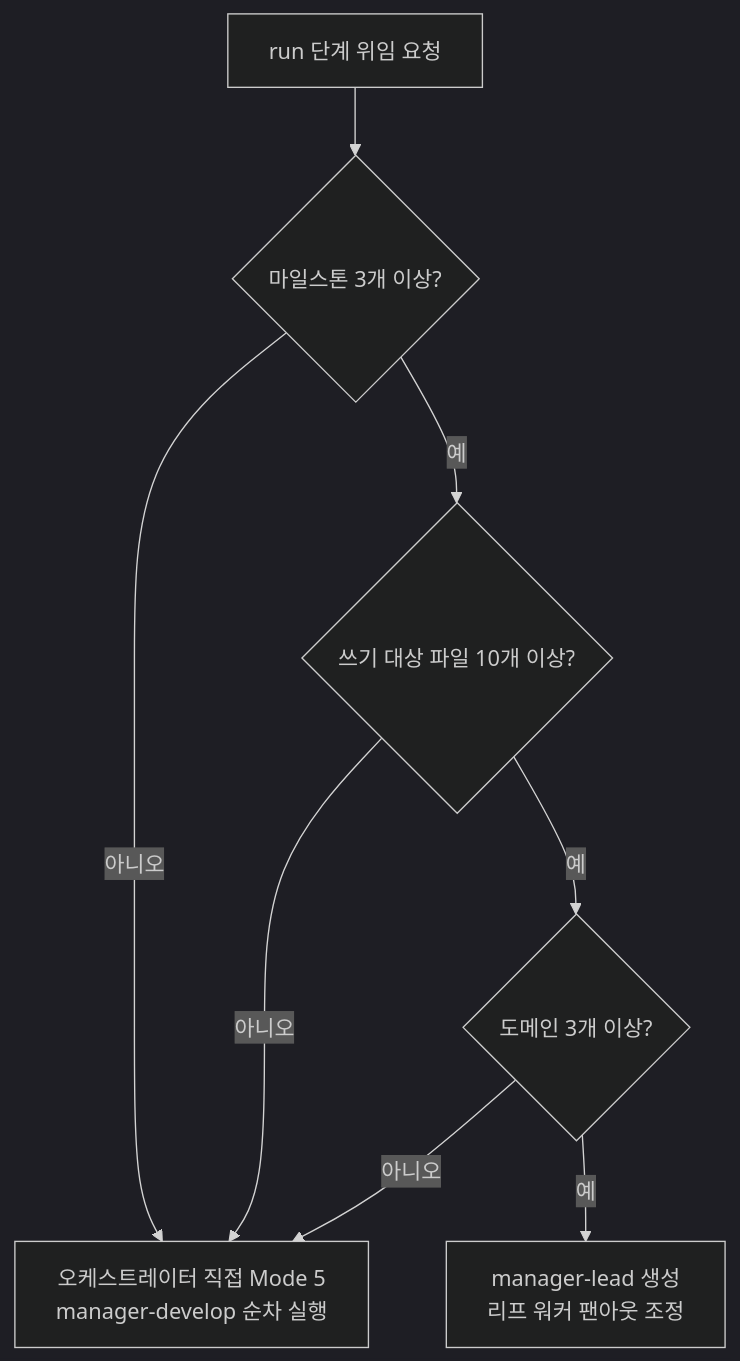
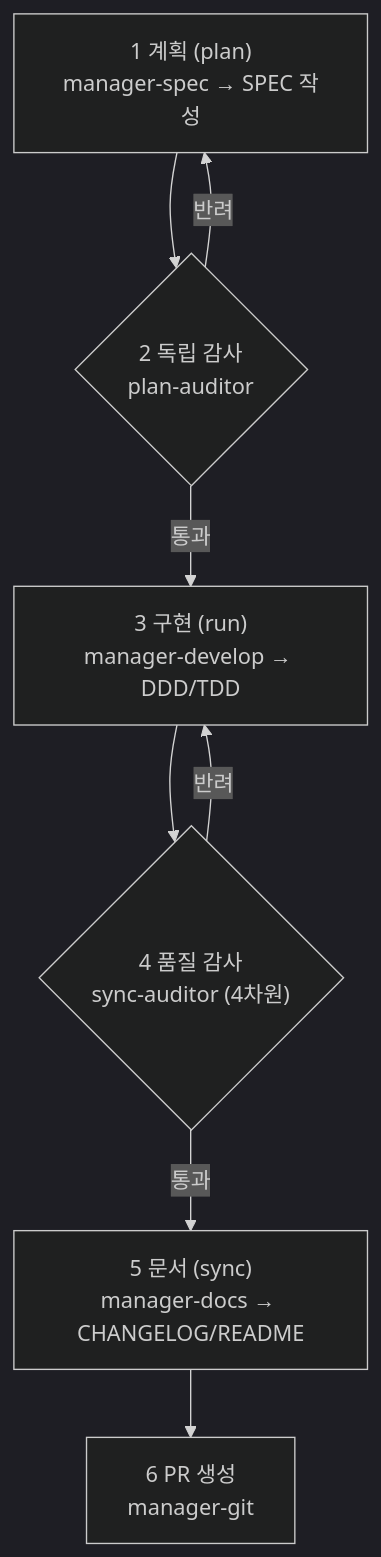
The third of 4 diagrams in docs-site/content/ko/advanced/agent-guide.md (modu-ai/moai-adk), drawn with Mermaid (dark theme) before and after one commit. The commit also changed other lines of this file and 7 other files, not shown here.

````diff
--- a/docs-site/content/ko/advanced/agent-guide.md
+++ b/docs-site/content/ko/advanced/agent-guide.md
@@ -145,10 +144,10 @@
 ```mermaid
 flowchart TD
-    START["run 단계 위임 요청"] --> Q1{"마일스톤 3개 이상?"}
-    Q1 -->|"아니오"| MODE5["오케스트레이터 직접 Mode 5<br>manager-develop 순차 실행"]
-    Q1 -->|"예"| Q2{"쓰기 대상 파일 10개 이상?"}
-    Q2 -->|"아니오"| MODE5
-    Q2 -->|"예"| Q3{"도메인 3개 이상?"}
-    Q3 -->|"아니오"| MODE5
-    Q3 -->|"예"| LEAD["manager-lead 생성<br>리프 워커 팬아웃 조정"]
+    PLAN["1 계획 (plan)<br>manager-spec → SPEC 작성"] --> A1{"2 독립 감사<br>plan-auditor"}
+    A1 -->|"반려"| PLAN
+    A1 -->|"통과"| RUN["3 구현 (run)<br>manager-develop → DDD/TDD"]
+    RUN --> A2{"4 품질 감사<br>sync-auditor (4차원)"}
+    A2 -->|"반려"| RUN
+    A2 -->|"통과"| SYNC["5 문서 (sync)<br>manager-docs → CHANGELOG/README"]
+    SYNC --> PR["6 PR 생성<br>manager-git"]
 ```
````
